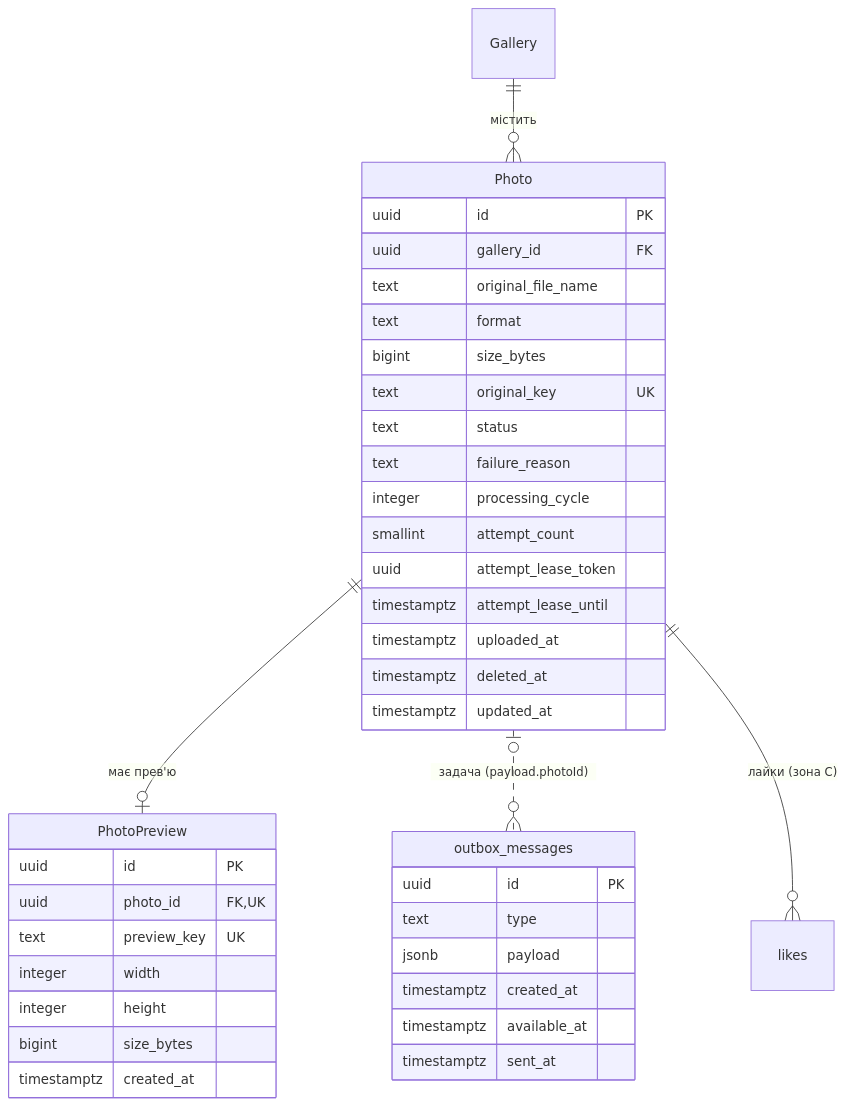
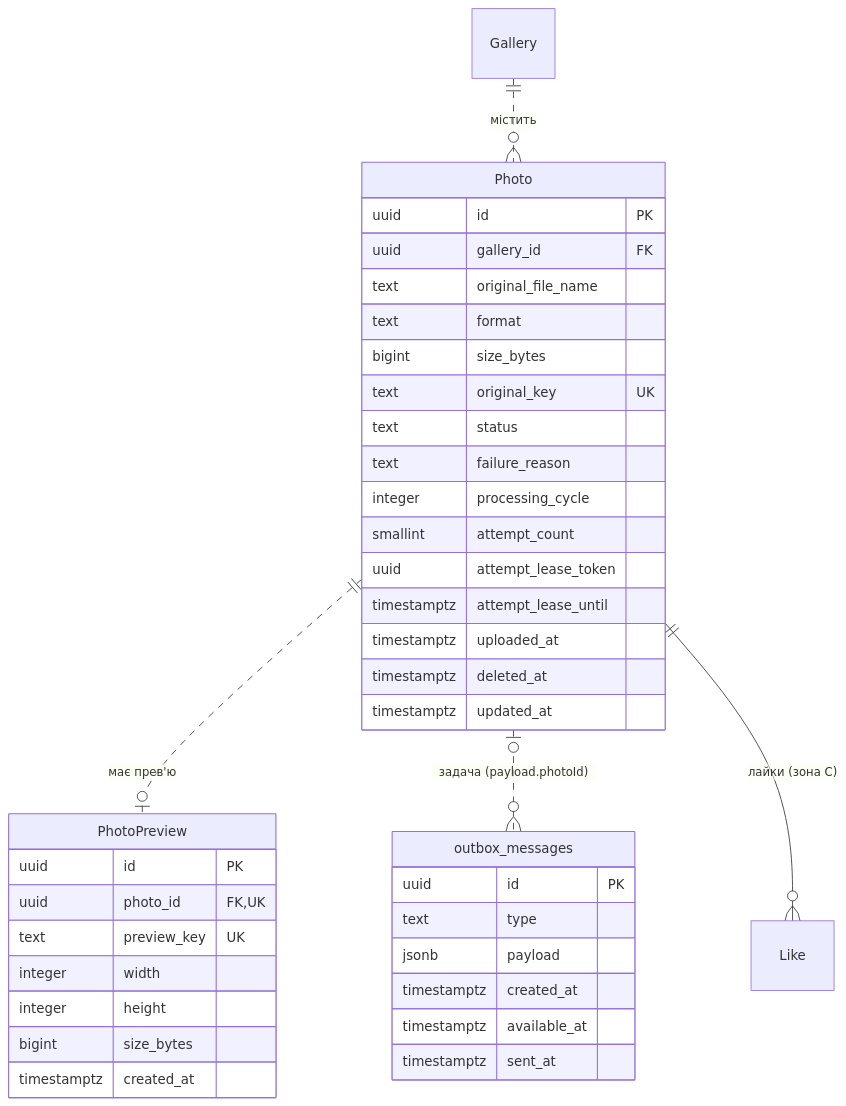
One commit to alonasaienko/picpick changed the diagram in docs/07-data-model/entities-zone-b.md. Above: the diagram before and after it, drawn with Mermaid. The commit also changed other lines of this file and 1 other file, not shown here.

Commit message:
#61 [п.7] Узгодження моделі даних: зона B і retention (#139)
* fix(data-model): align zone B ER lines, Like name, photo limit and retention table

* #61 Ліміт 1000 фото: блокування Gallery і перевірка під ним, як у batching

````diff
--- a/docs/07-data-model/entities-zone-b.md
+++ b/docs/07-data-model/entities-zone-b.md
@@ -194,44 +196,44 @@
 ```mermaid
 erDiagram
-    Gallery ||--o{ Photo : "містить"
-    Photo ||--o| PhotoPreview : "має прев'ю"
+    Gallery ||..o{ Photo : "містить"
+    Photo ||..o| PhotoPreview : "має прев'ю"
     Photo |o..o{ outbox_messages : "задача (payload.photoId)"
-    Photo ||--o{ likes : "лайки (зона C)"
+    Photo ||--o{ Like : "лайки (зона C)"
 
     Photo {
         uuid id PK
         uuid gallery_id FK
         text original_file_name
         text format
         bigint size_bytes
         text original_key UK
         text status
         text failure_reason
         integer processing_cycle
         smallint attempt_count
         uuid attempt_lease_token
         timestamptz attempt_lease_until
         timestamptz uploaded_at
         timestamptz deleted_at
         timestamptz updated_at
     }
 
     PhotoPreview {
         uuid id PK
         uuid photo_id FK,UK
         text preview_key UK
         integer width
         integer height
         bigint size_bytes
         timestamptz created_at
     }
 
     outbox_messages {
         uuid id PK
         text type
         jsonb payload
         timestamptz created_at
         timestamptz available_at
         timestamptz sent_at
     }
 ```
````
